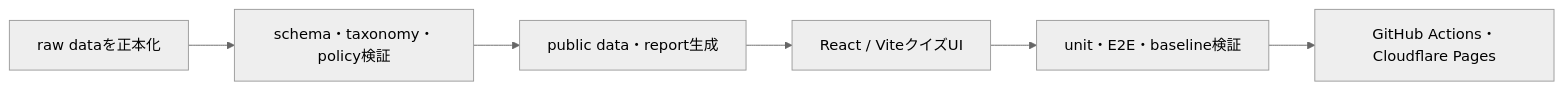
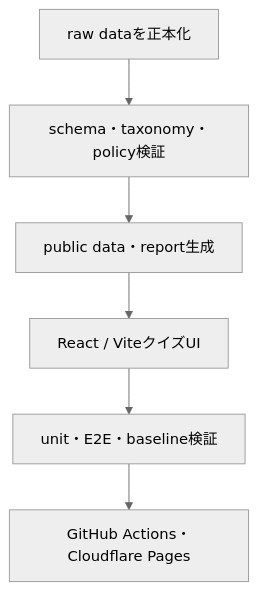
One commit to YUKI-MARUYAMA-job/qa-sre-learning-mvp changed the first of 2 diagrams in README.md. Above: the diagram before and after it, drawn with Mermaid (neutral theme). The commit also changed other lines of this file and 13 other files, not shown here.

````diff
--- a/README.md
+++ b/README.md
@@ -17,18 +17,18 @@
 ```mermaid
-flowchart LR
+flowchart TB
     accTitle: ポートフォリオMVPの品質保証フロー
     accDescr: raw dataを正本として検証し、公開用データとレポートを生成した後、クイズUI、テスト、CI、Cloudflare Pagesデプロイへ接続する流れです。
 
     A["raw dataを正本化"]
     B["schema・taxonomy・policy検証"]
     C["public data・report生成"]
     D["React / ViteクイズUI"]
     E["unit・E2E・baseline検証"]
     F["GitHub Actions・Cloudflare Pages"]
 
     A --> B
     B --> C
     C --> D
     D --> E
     E --> F
 ```
````
